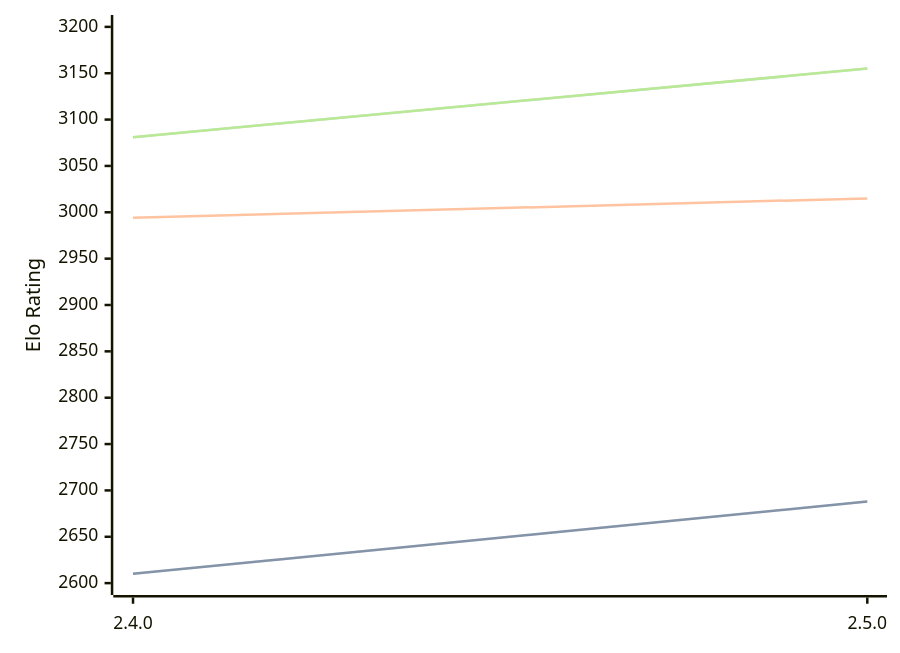
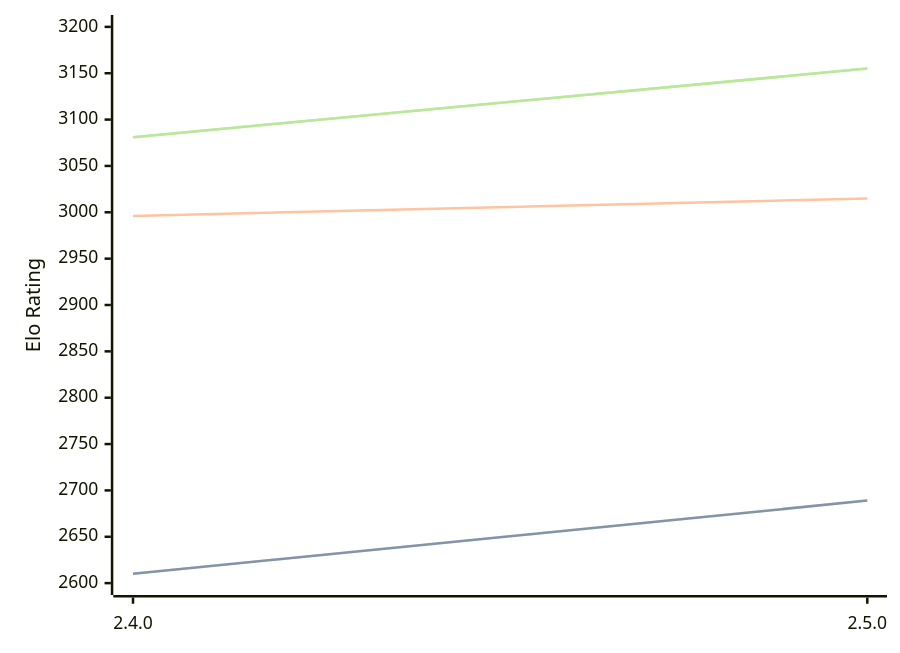
Before and after one commit to computer-chess-index/cci: the diagram in engines/Sturddle2.md, drawn with Mermaid. The commit also changed other lines of this file, not shown here.

````diff
--- a/engines/Sturddle2.md
+++ b/engines/Sturddle2.md
@@ -37,11 +37,11 @@
 ```mermaid
 %%{init: {"theme":"base","themeVariables":{"seriesColors:['#a3a3a3','#222221','#faa371']}}}%%
 xychart-beta
   x-axis ["2.4.0", "2.5.0"]
   y-axis "Elo Rating" 2600 --> 3200
-  line "STC (8.0+0.08s)" [2610, 2688]
-  line "STC (8.0+0.08s)" [2610, 2688]
-  line "LTC (60.0+0.60s)" [2994, 3015]
+  line "STC (8.0+0.08s)" [2610, 2689]
+  line "STC (8.0+0.08s)" [2610, 2689]
+  line "LTC (60.0+0.60s)" [2996, 3015]
   line "VLTC (2m24s+1.12s)" [3081, 3155]
   line "VLTC (2m24s+1.12s)" [3081, 3155]
 ```
````
